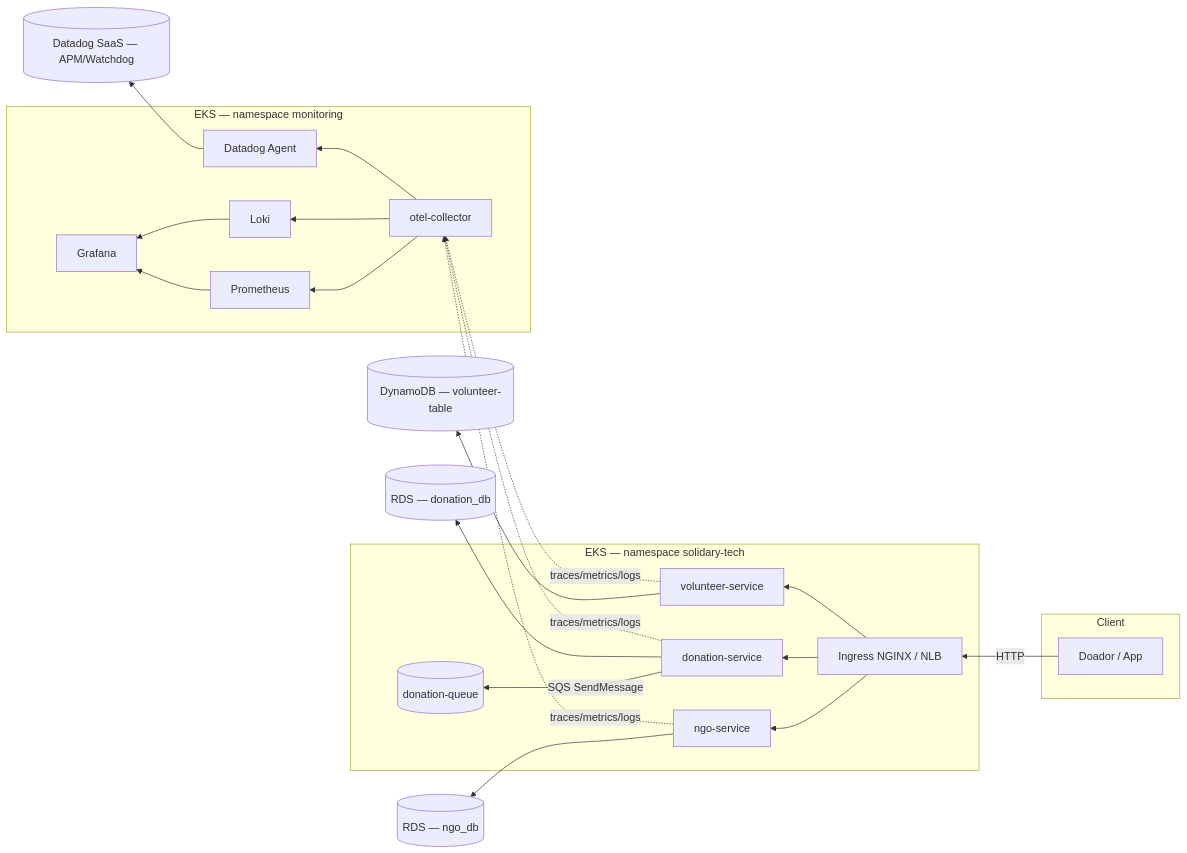
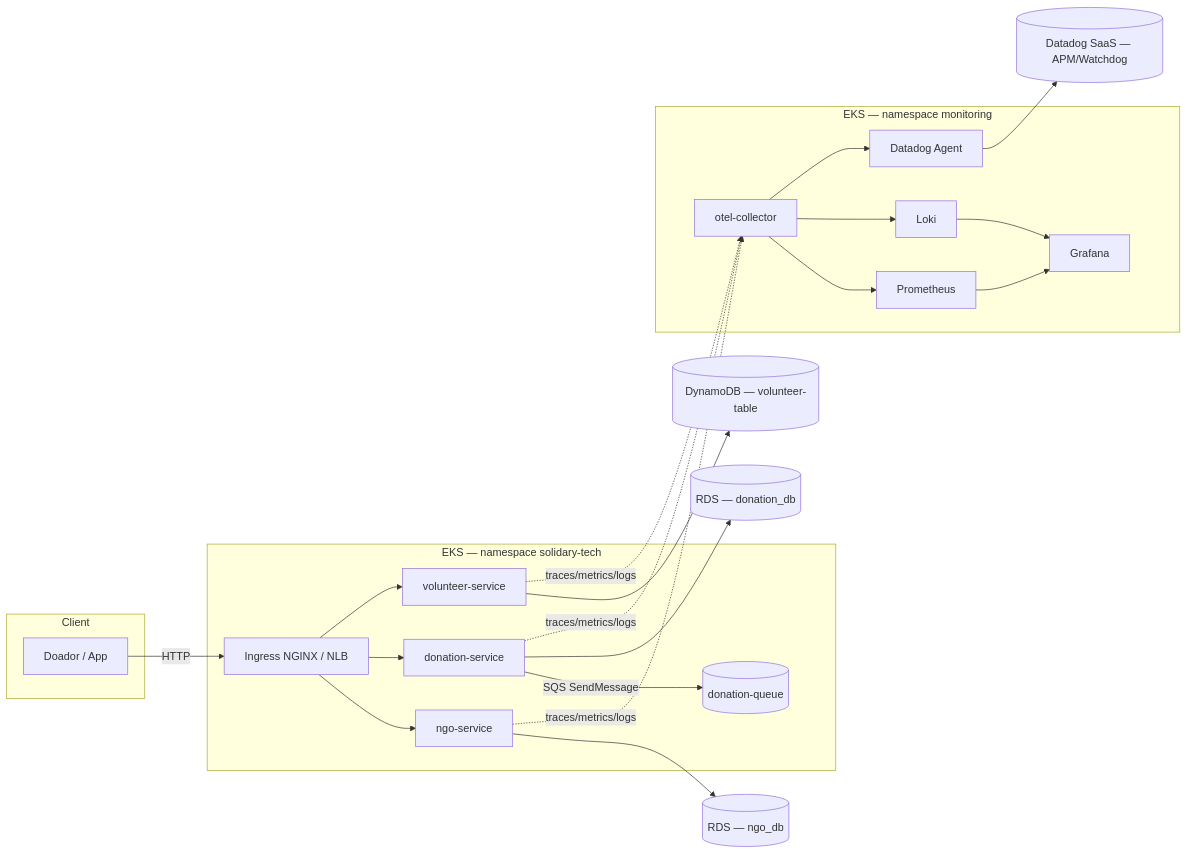
The diagram in fase_5/tech_challenge/solidary-tech/docs/docs/architecture.md (rodx64/pos_arch), drawn with Mermaid before and after one commit. The commit also changed other lines of this file and 16 other files, not shown here.

````diff
--- a/fase_5/tech_challenge/solidary-tech/docs/docs/architecture.md
+++ b/fase_5/tech_challenge/solidary-tech/docs/docs/architecture.md
@@ -5,37 +5,37 @@
 ```mermaid
-flowchart RL
+flowchart LR
     subgraph Client
         Donor[Doador / App]
     end
 
     Donor -->|HTTP| Ingress[Ingress NGINX / NLB]
 
     subgraph EKS["EKS — namespace solidary-tech"]
         Ingress --> NGO[ngo-service]
         Ingress --> DON[donation-service]
         Ingress --> VOL[volunteer-service]
         DON -->|SQS SendMessage| SQS[(donation-queue)]
     end
 
     NGO --> RDSNGO[(RDS — ngo_db)]
     DON --> RDSDON[(RDS — donation_db)]
     VOL --> DDB[(DynamoDB — volunteer-table)]
 
     subgraph Monitoring["EKS — namespace monitoring"]
         OTEL[otel-collector]
         PROM[Prometheus]
         LOKI[Loki]
         GRAF[Grafana]
         DD[Datadog Agent]
     end
 
     NGO -.traces/metrics/logs.-> OTEL
     DON -.traces/metrics/logs.-> OTEL
     VOL -.traces/metrics/logs.-> OTEL
     OTEL --> PROM
     OTEL --> LOKI
     OTEL --> DD
     DD --> Datadog[(Datadog SaaS — APM/Watchdog)]
     PROM --> GRAF
     LOKI --> GRAF
 ```
````
